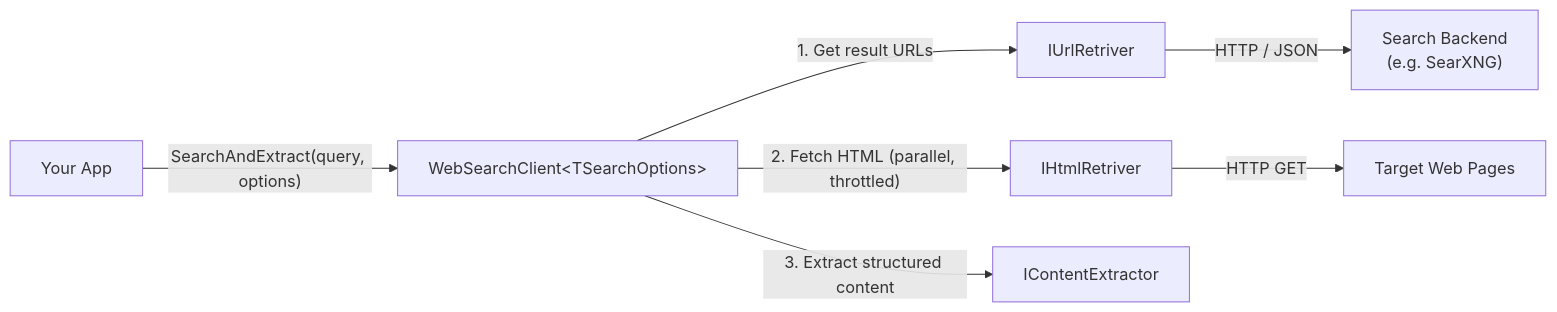
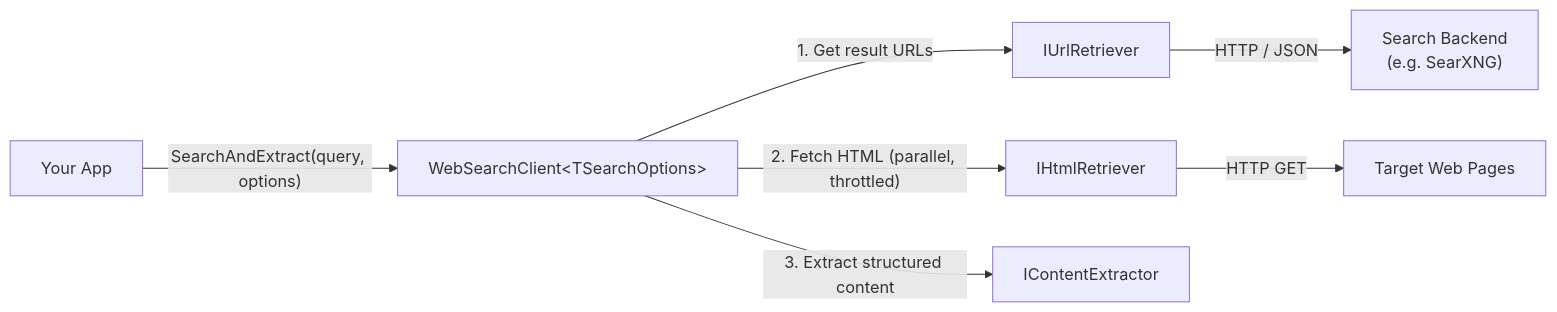
The diagram in README.md (DeepSigma-LLC/Dotnet.DeepSigma.DataAccess.WebSearch.WebSearchClient), drawn with Mermaid before and after one commit. The commit also changed other lines of this file and 2 other files, not shown here.

````diff
--- a/README.md
+++ b/README.md
@@ -36,17 +36,17 @@
 ```mermaid
 flowchart LR
     App["Your App"]
     WSC["WebSearchClient&lt;TSearchOptions&gt;"]
-    UR["IUrlRetriver"]
-    HR["IHtmlRetriver"]
+    UR["IUrlRetriever"]
+    HR["IHtmlRetriever"]
     CE["IContentExtractor"]
     Backend["Search Backend<br/>(e.g. SearXNG)"]
     Web["Target Web Pages"]
 
     App -->|"SearchAndExtract(query, options)"| WSC
     WSC -->|"1. Get result URLs"| UR
     UR -->|"HTTP / JSON"| Backend
     WSC -->|"2. Fetch HTML (parallel, throttled)"| HR
     HR -->|"HTTP GET"| Web
     WSC -->|"3. Extract structured content"| CE
 ```
````
